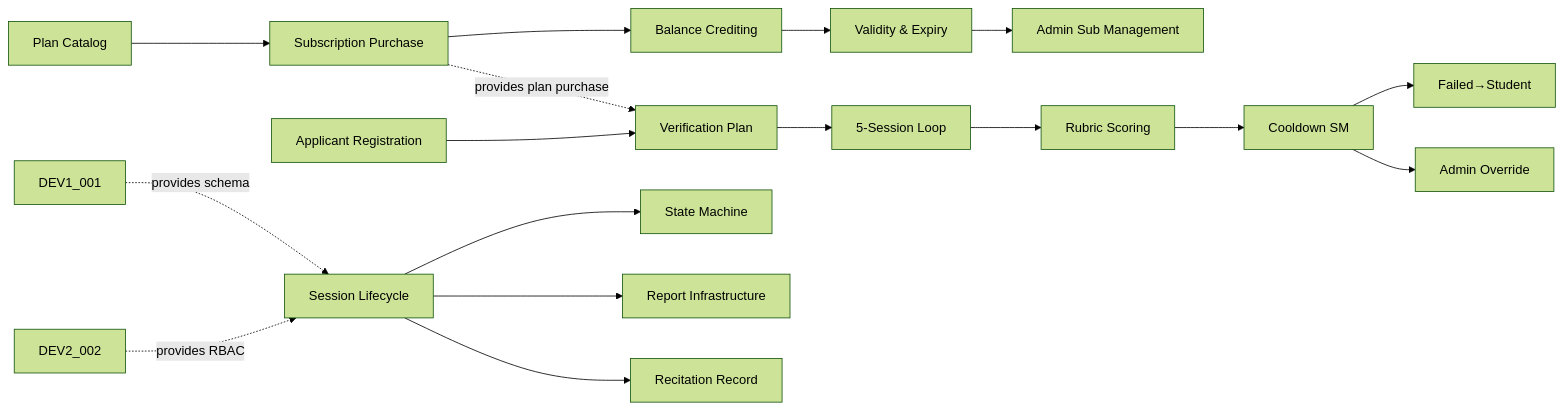
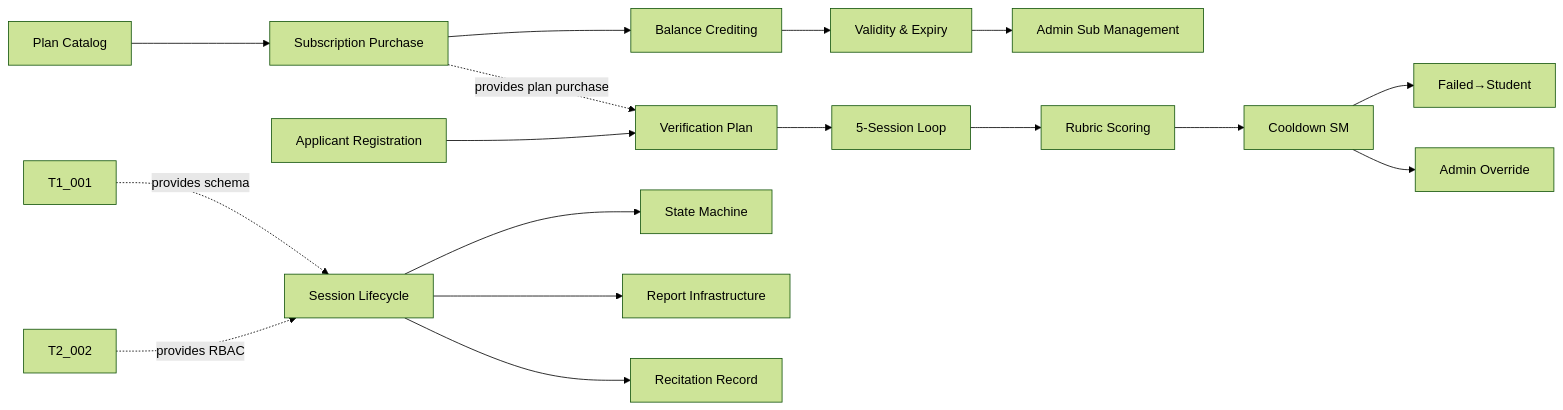
Before and after one commit to kottaby/kottaby: the second of 5 diagrams in docs/planning/SPRINT_PLAN.md, drawn with Mermaid (forest theme). The commit also changed other lines of this file and 282 other files, not shown here.

````diff
--- a/docs/planning/SPRINT_PLAN.md
+++ b/docs/planning/SPRINT_PLAN.md
@@ -133,22 +133,22 @@
 ```mermaid
 graph LR
-    DEV1_005[Plan Catalog] --> DEV1_006[Subscription Purchase]
-    DEV1_006 --> DEV1_007[Balance Crediting]
-    DEV1_007 --> DEV1_008[Validity & Expiry]
-    DEV1_008 --> DEV1_009[Admin Sub Management]
+    T1_005[Plan Catalog] --> T1_006[Subscription Purchase]
+    T1_006 --> T1_007[Balance Crediting]
+    T1_007 --> T1_008[Validity & Expiry]
+    T1_008 --> T1_009[Admin Sub Management]
 
-    DEV2_004[Applicant Registration] --> DEV2_005[Verification Plan]
-    DEV2_005 --> DEV2_006[5-Session Loop]
-    DEV2_006 --> DEV2_007[Rubric Scoring]
-    DEV2_007 --> DEV2_008[Cooldown SM]
-    DEV2_008 --> DEV2_009[Failed→Student]
-    DEV2_008 --> DEV2_010[Admin Override]
+    T2_004[Applicant Registration] --> T2_005[Verification Plan]
+    T2_005 --> T2_006[5-Session Loop]
+    T2_006 --> T2_007[Rubric Scoring]
+    T2_007 --> T2_008[Cooldown SM]
+    T2_008 --> T2_009[Failed→Student]
+    T2_008 --> T2_010[Admin Override]
 
-    DEV3_004[Session Lifecycle] --> DEV3_005[State Machine]
-    DEV3_004 --> DEV3_006[Report Infrastructure]
-    DEV3_004 --> DEV3_007[Recitation Record]
+    T3_004[Session Lifecycle] --> T3_005[State Machine]
+    T3_004 --> T3_006[Report Infrastructure]
+    T3_004 --> T3_007[Recitation Record]
 
-    DEV1_006 -.->|provides plan purchase| DEV2_005
-    DEV1_001 -.->|provides schema| DEV3_004
-    DEV2_002 -.->|provides RBAC| DEV3_004
+    T1_006 -.->|provides plan purchase| T2_005
+    T1_001 -.->|provides schema| T3_004
+    T2_002 -.->|provides RBAC| T3_004
 ```
````
